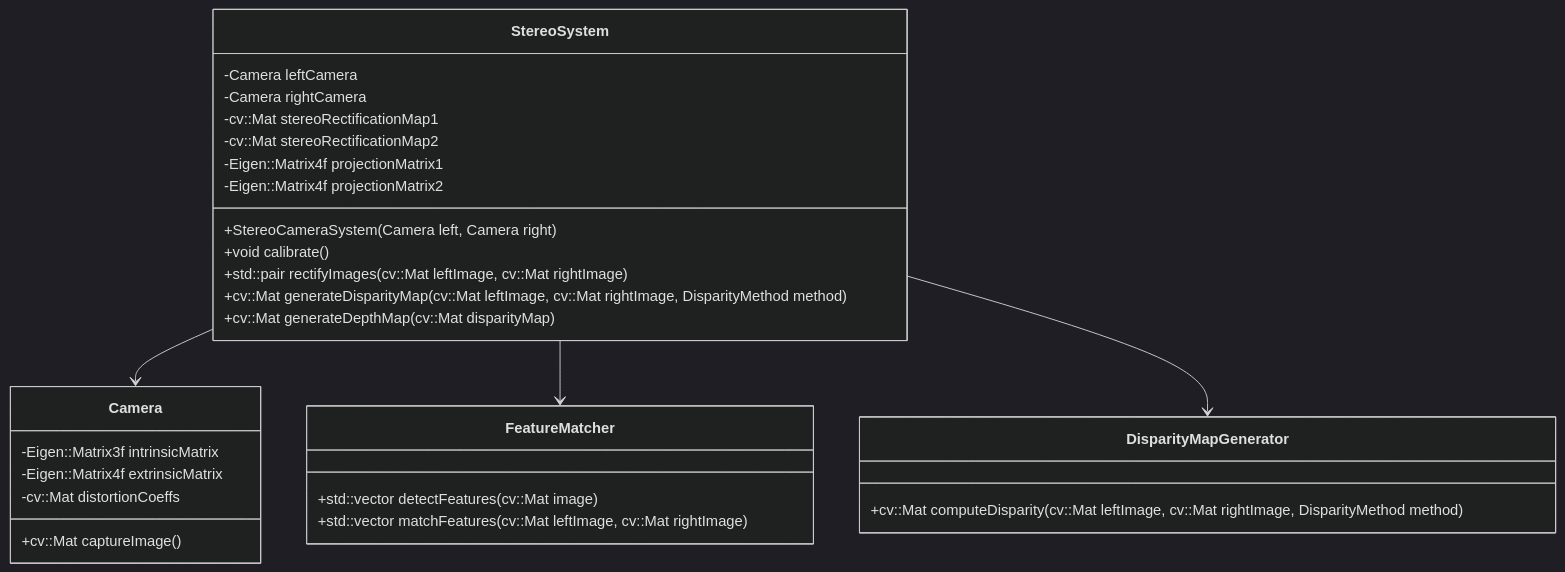
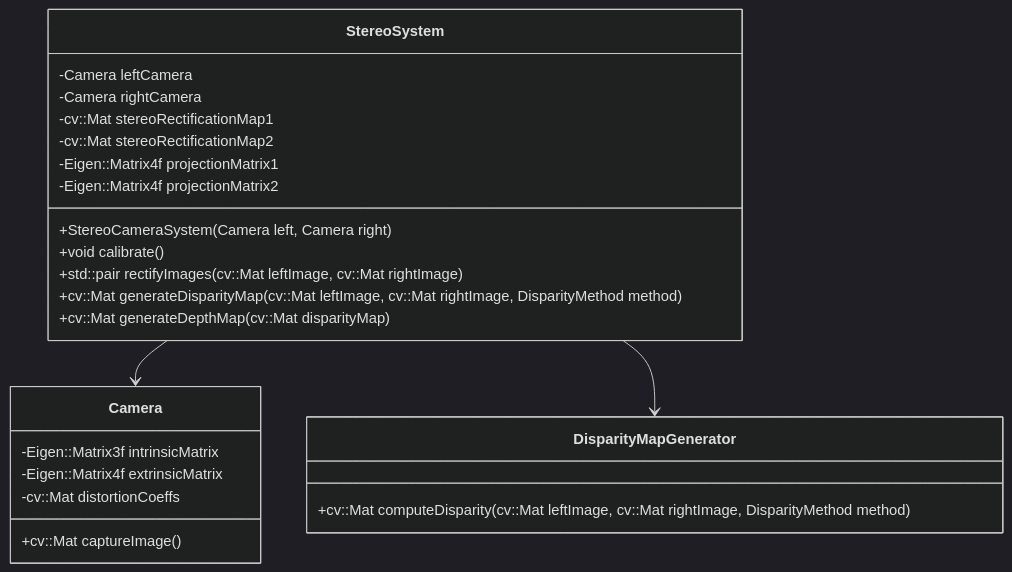
The diagram in README.md (Blattvorhang/Stereo-Camera-and-3D-Point-Cloud), drawn with Mermaid (dark theme) before and after one commit. The commit also changed 6 other files, not shown here.

````diff
--- a/README.md
+++ b/README.md
@@ -59,36 +59,30 @@
 ```mermaid
 classDiagram
     class Camera {
         -Eigen::Matrix3f intrinsicMatrix
         -Eigen::Matrix4f extrinsicMatrix
         -cv::Mat distortionCoeffs
         +cv::Mat captureImage()
     }
 
     class StereoSystem {
         -Camera leftCamera
         -Camera rightCamera
         -cv::Mat stereoRectificationMap1
         -cv::Mat stereoRectificationMap2
         -Eigen::Matrix4f projectionMatrix1
         -Eigen::Matrix4f projectionMatrix2
         +StereoCameraSystem(Camera left, Camera right)
         +void calibrate()
         +std::pair<cv::Mat, cv::Mat> rectifyImages(cv::Mat leftImage, cv::Mat rightImage)
         +cv::Mat generateDisparityMap(cv::Mat leftImage, cv::Mat rightImage, DisparityMethod method)
         +cv::Mat generateDepthMap(cv::Mat disparityMap)
     }
 
-    class FeatureMatcher {
-        +std::vector<cv::KeyPoint> detectFeatures(cv::Mat image)
-        +std::vector<cv::DMatch> matchFeatures(cv::Mat leftImage, cv::Mat rightImage)
-    }
-
     class DisparityMapGenerator {
         +cv::Mat computeDisparity(cv::Mat leftImage, cv::Mat rightImage, DisparityMethod method)
     }
 
     StereoSystem --> Camera
-    StereoSystem --> FeatureMatcher
     StereoSystem --> DisparityMapGenerator
 ```
````
